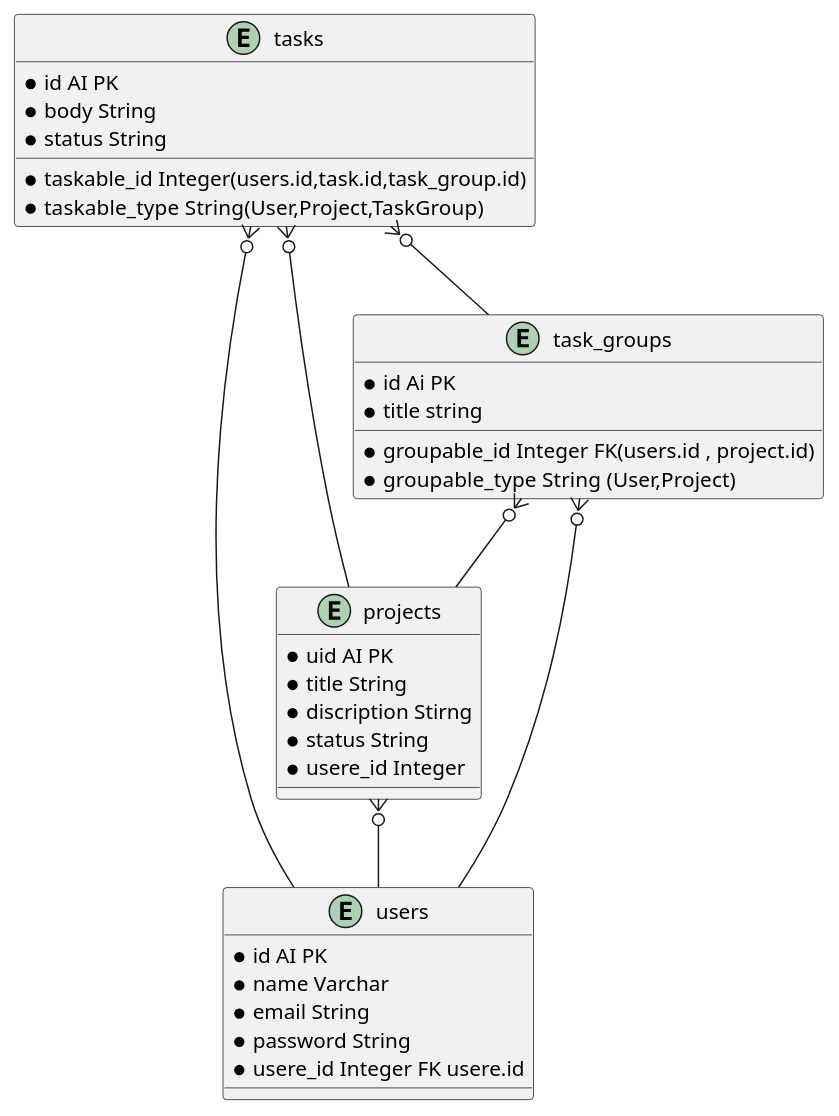
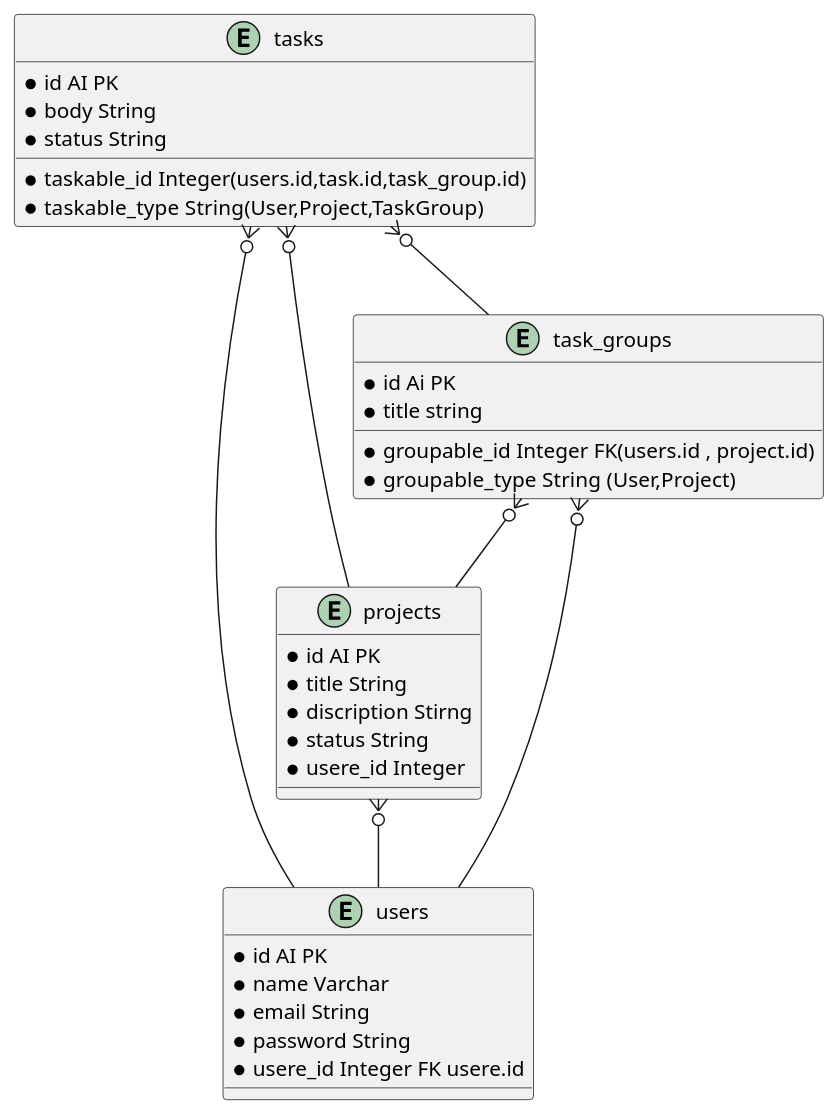
The diagram in erd.wsd (ElNumany/JTask), drawn with PlantUML before and after one commit.

```diff
--- a/erd.wsd
+++ b/erd.wsd
@@ -1,43 +1,43 @@
-@startuml jTask_ERd
+@startuml jTask_ERD
 entity users{
     *id AI PK 
     *name Varchar
     *email String 
     *password String
     *usere_id Integer FK usere.id
 
 }
 entity projects{
-    *uid AI PK
+    *id AI PK
     *title String
     *discription Stirng 
     *status String
-    *    usere_id Integer
+    *  usere_id Integer
 
 
 }
 entity task_groups{
     * id Ai PK 
     * title string 
     * groupable_id Integer FK(users.id , project.id)
     * groupable_type String (User,Project)
 
 }
 entity tasks{
     *id AI PK
     *body String 
     *status String
     *taskable_id Integer(users.id,task.id,task_group.id)
     *taskable_type String(User,Project,TaskGroup)
 
 
 }
 tasks }o-- users
 tasks }o-- projects
 projects }o-- users
 task_groups }o-- users
 task_groups }o-- projects
 tasks }o-- task_groups
 
 
 @enduml
```
